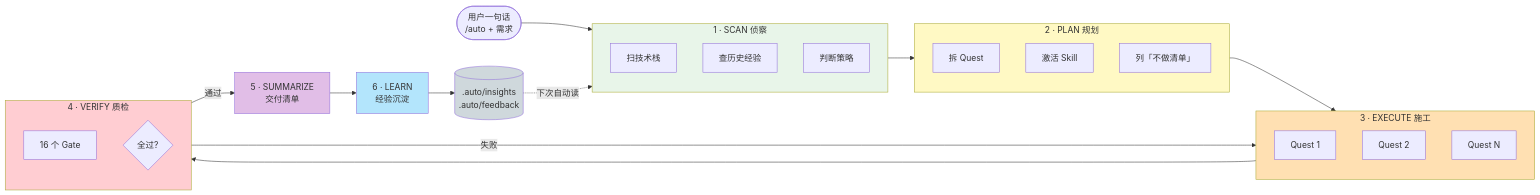
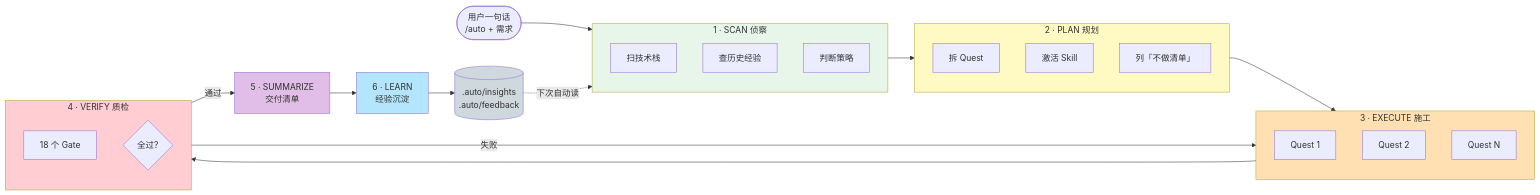
Before and after one commit to ktyyer/auto-cli: the diagram in README.md, drawn with Mermaid. The commit also changed other lines of this file and 8 other files, not shown here.

````diff
--- a/README.md
+++ b/README.md
@@ -146,46 +146,46 @@
 ```mermaid
 flowchart LR
     USER([用户一句话<br/>/auto + 需求])
     USER --> SCAN
 
     subgraph SCAN[1 · SCAN 侦察]
         S1[扫技术栈]
         S2[查历史经验]
         S3[判断策略]
     end
 
     subgraph PLAN[2 · PLAN 规划]
         P1[拆 Quest]
         P2[激活 Skill]
         P3[列「不做清单」]
     end
 
     subgraph EXEC[3 · EXECUTE 施工]
         E1[Quest 1]
         E2[Quest 2]
         E3[Quest N]
     end
 
     subgraph VERIFY[4 · VERIFY 质检]
-        V1[16 个 Gate]
+        V1[18 个 Gate]
         V2{全过?}
     end
 
     SUM[5 · SUMMARIZE<br/>交付清单]
     LEARN[6 · LEARN<br/>经验沉淀]
     MEM[(.auto/insights<br/>.auto/feedback)]
 
     SCAN --> PLAN --> EXEC --> VERIFY
     VERIFY -- 失败 --> EXEC
     VERIFY -- 通过 --> SUM --> LEARN
     LEARN --> MEM
     MEM -. 下次自动读 .-> SCAN
 
     style SCAN fill:#e8f5e9
     style PLAN fill:#fff9c4
     style EXEC fill:#ffe0b2
     style VERIFY fill:#ffcdd2
     style SUM fill:#e1bee7
     style LEARN fill:#b3e5fc
     style MEM fill:#cfd8dc
 ```
````
